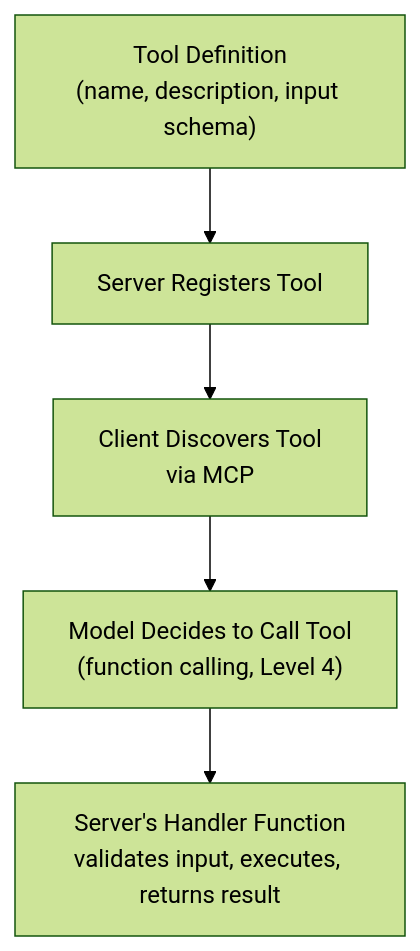
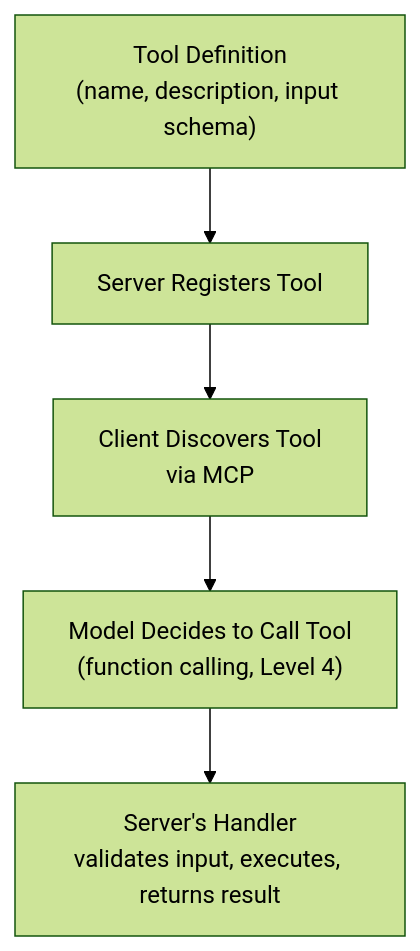
One commit to nitishnarayan01/ai-tpm-learning-hub-nnv changed the diagram in phases/07-mcp-and-ai-tool-integration/03-building-custom-mcp-servers/docs/en.md. Above: the diagram before and after it, drawn with Mermaid (forest theme). The commit also changed other lines of this file and 177 other files, not shown here.

First line of the commit message:
Refactor lessons to TPM-first format and add Archify/Mermaid diagram switcher

````diff
--- a/phases/07-mcp-and-ai-tool-integration/03-building-custom-mcp-servers/docs/en.md
+++ b/phases/07-mcp-and-ai-tool-integration/03-building-custom-mcp-servers/docs/en.md
@@ -25,7 +47,7 @@
 ```mermaid
 graph TD
     Def["Tool Definition<br/>(name, description, input schema)"] --> Reg["Server Registers Tool"]
     Reg --> Discover["Client Discovers Tool<br/>via MCP"]
     Discover --> Call["Model Decides to Call Tool<br/>(function calling, Level 4)"]
-    Call --> Handler["Server's Handler Function<br/>validates input, executes, returns result"]
+    Call --> Handler["Server's Handler<br/>validates input, executes, returns result"]
 ```
````
